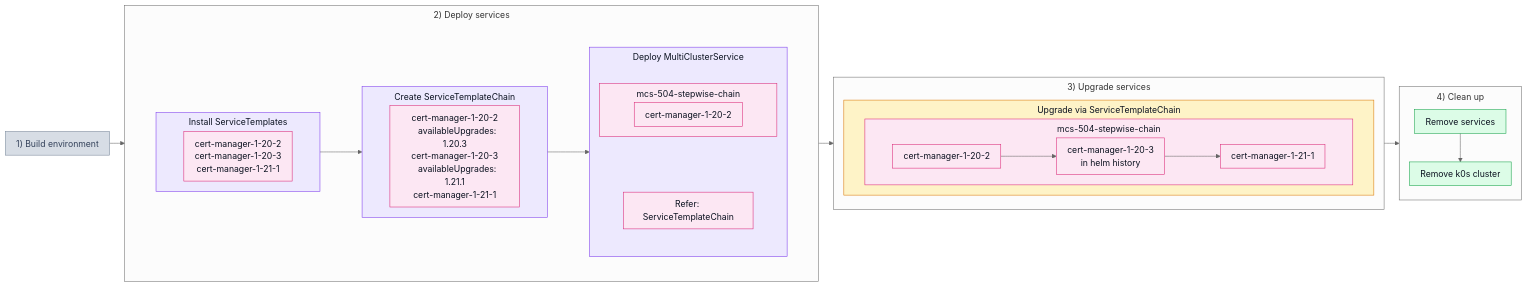
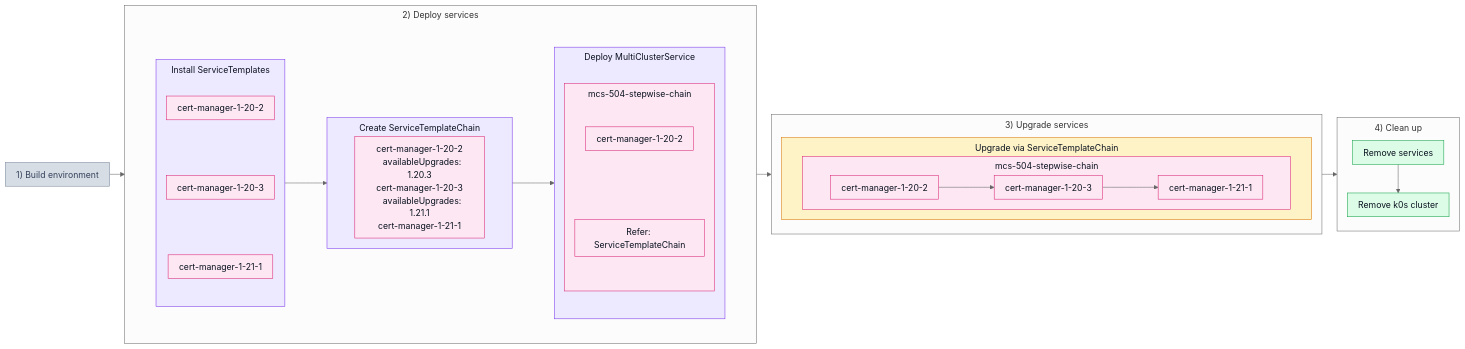
The diagram in test_scenarios/504_stepwise_chain.md (josef-hak/ksm-tests), drawn with Mermaid (neutral theme) before and after one commit. The commit also changed 6 other files, not shown here.

````diff
--- a/test_scenarios/504_stepwise_chain.md
+++ b/test_scenarios/504_stepwise_chain.md
@@ -16,58 +16,58 @@
 ```mermaid
 %%{init: {'flowchart': {'padding': 10, 'nodeSpacing': 18, 'rankSpacing': 28, 'subGraphTitleMargin': {'top': 6, 'bottom': 10}}}}%%
 flowchart LR
     P1["1) Build environment"]
 
     subgraph P2["2) Deploy services"]
         subgraph W2[" "]
             direction LR
             subgraph D1["Install ServiceTemplates"]
-                T1["cert-manager-1-20-2<br/>cert-manager-1-20-3<br/>cert-manager-1-21-1"]
+                direction TB
+                T1["cert-manager-1-20-2"] ~~~ T2["cert-manager-1-20-3"] ~~~ T3["cert-manager-1-21-1"]
             end
 
             subgraph D3["Create ServiceTemplateChain"]
                 H1["cert-manager-1-20-2<br/>&nbsp;&nbsp;&nbsp;availableUpgrades: 1.20.3<br/>cert-manager-1-20-3<br/>&nbsp;&nbsp;&nbsp;availableUpgrades: 1.21.1<br/>cert-manager-1-21-1"]
             end
 
             subgraph D2["Deploy MultiClusterService"]
                 direction TB
                 subgraph DM["mcs-504-stepwise-chain"]
-                    M1["cert-manager-1-20-2"]
+                    direction TB
+                    M1["cert-manager-1-20-2"] ~~~ R1["Refer: ServiceTemplateChain"]
                 end
-
-                DM ~~~ R1["Refer: ServiceTemplateChain"]
             end
 
             D1 --> D3 --> D2
         end
     end
 
     subgraph P3["3) Upgrade services"]
         subgraph U2["Upgrade via ServiceTemplateChain"]
             subgraph UM["mcs-504-stepwise-chain"]
                 direction LR
-                V1["cert-manager-1-20-2"] --> V2["cert-manager-1-20-3<br/>in helm history"] --> V3["cert-manager-1-21-1"]
+                V1["cert-manager-1-20-2"] --> V2["cert-manager-1-20-3"] --> V3["cert-manager-1-21-1"]
             end
         end
     end
 
     subgraph P4["4) Clean up"]
         C1["Remove services"] --> C2["Remove k0s cluster"]
     end
 
     P1 --> P2 --> P3 --> P4
 
     classDef off fill:#d7dde5,stroke:#7c8a9c,color:#33415a
     classDef purple fill:#ede9fe,stroke:#7c3aed,color:#0b1220
     classDef pink fill:#fce7f3,stroke:#db2777,color:#0b1220
     classDef amber fill:#fef3c7,stroke:#d97706,color:#0b1220
     classDef green fill:#dcfce7,stroke:#16a34a,color:#0b1220
     classDef bare fill:none,stroke:none
 
     class P1 off
     class D1,D2,D3 purple
-    class DM,T1,H1,M1,R1,UM,V1,V2,V3 pink
+    class DM,T1,T2,T3,H1,M1,R1,UM,V1,V2,V3 pink
     class U2 amber
     class C1,C2 green
     class W2 bare
 ```
````
